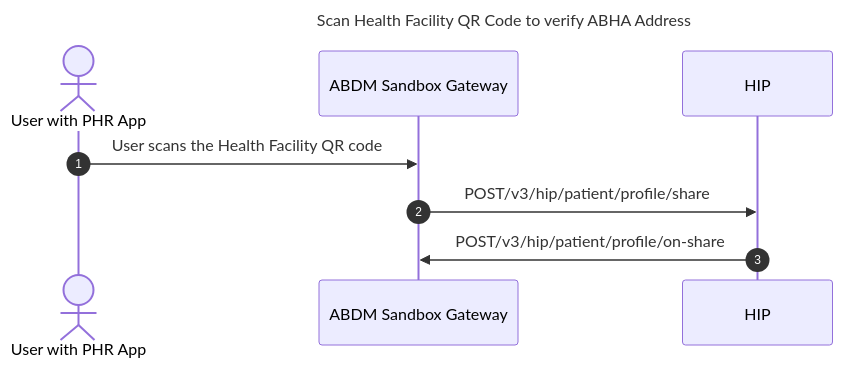
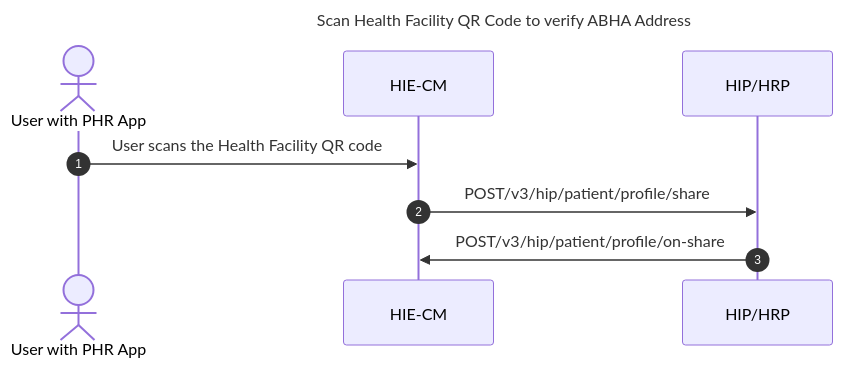
One commit to kiranma72/abdm-docs changed the first of 2 diagrams in content/2-milestone1/verify-abha-address/health-facility-qr-scan.md. Above: the diagram before and after it, drawn with Mermaid. The commit also changed other lines of this file and 6 other files, not shown here.

```diff
--- a/content/2-milestone1/verify-abha-address/health-facility-qr-scan.md
+++ b/content/2-milestone1/verify-abha-address/health-facility-qr-scan.md
@@ -105,9 +100,9 @@
 {{< mermaid >}}
 %%{init:{"fontSize": "1.0rem", "sequence":{"showSequenceNumbers":true}}}%%
 sequenceDiagram
 title Scan Health Facility QR Code to verify ABHA Address
 actor User with PHR App
-User with PHR App->>ABDM Sandbox Gateway:User scans the Health Facility QR code
-ABDM Sandbox Gateway->>HIP:POST/v3/hip/patient/profile/share
-HIP->>ABDM Sandbox Gateway:POST/v3/hip/patient/profile/on-share
+User with PHR App->>HIE-CM:User scans the Health Facility QR code
+HIE-CM->>HIP/HRP:POST/v3/hip/patient/profile/share
+HIP/HRP->>HIE-CM:POST/v3/hip/patient/profile/on-share
 {{< /mermaid >}}
```
